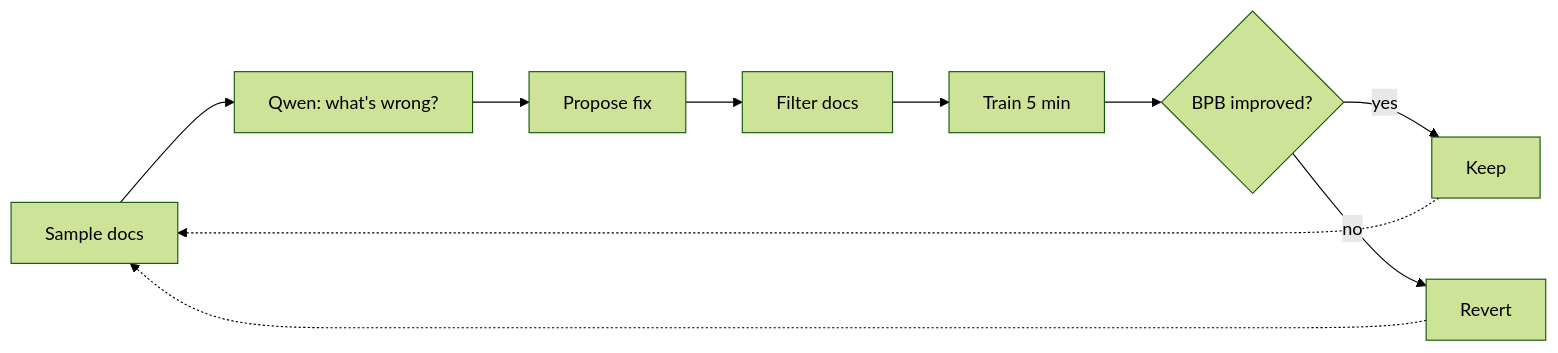
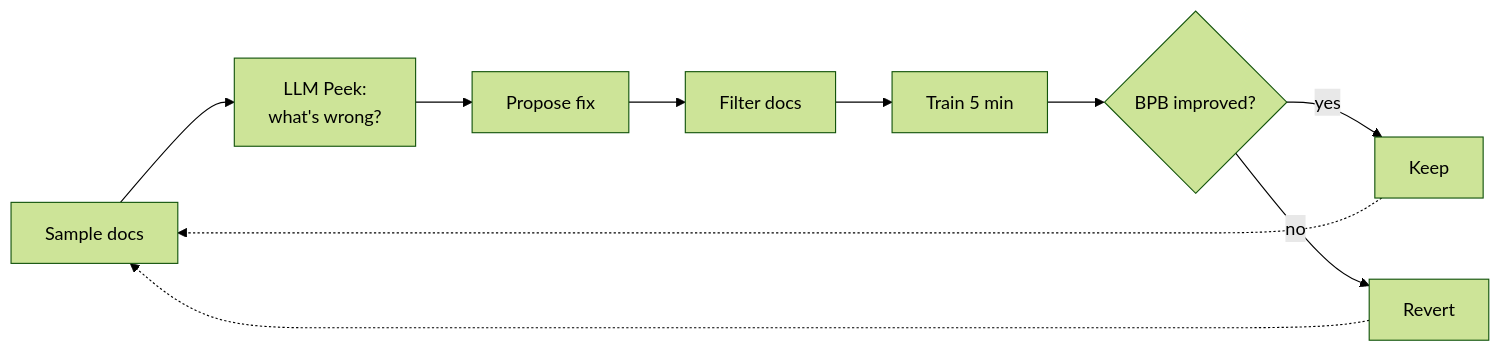
Before and after one commit to bwang-pplx/autocurate: the diagram in ARCHITECTURE.md, drawn with Mermaid (forest theme).

Commit message:
Rename Qwen to LLM Peek in diagram

````diff
--- a/ARCHITECTURE.md
+++ b/ARCHITECTURE.md
@@ -1,11 +1,11 @@
 ```mermaid
 flowchart LR
-    A["Sample docs"] --> B["Qwen: what's wrong?"]
+    A["Sample docs"] --> B["LLM Peek:<br/>what's wrong?"]
     B --> C["Propose fix"]
     C --> D["Filter docs"]
     D --> E["Train 5 min"]
     E --> F{"BPB improved?"}
     F -->|yes| G["Keep"]
     F -->|no| H["Revert"]
     G & H -.-> A
 ```
````
